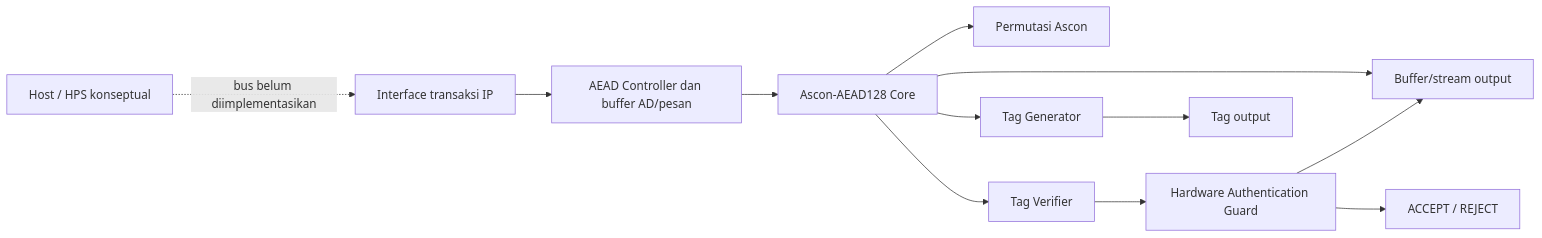
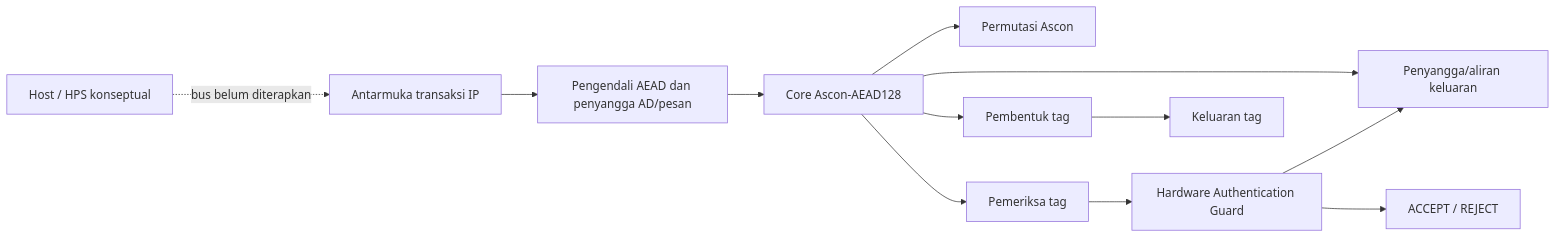
Before and after one commit to Ripanrz/secure-tiny: the diagram in README.md, drawn with Mermaid. The commit also changed other lines of this file and 7 other files, not shown here.

````diff
--- a/README.md
+++ b/README.md
@@ -32,14 +34,14 @@
 ```mermaid
 flowchart LR
-    HOST[Host / HPS konseptual] -. "bus belum diimplementasikan" .-> IF[Interface transaksi IP]
-    IF --> CTRL[AEAD Controller dan buffer AD/pesan]
-    CTRL --> CORE[Ascon-AEAD128 Core]
+    HOST[Host / HPS konseptual] -. "bus belum diterapkan" .-> IF[Antarmuka transaksi IP]
+    IF --> CTRL[Pengendali AEAD dan penyangga AD/pesan]
+    CTRL --> CORE[Core Ascon-AEAD128]
     CORE --> PERM[Permutasi Ascon]
-    CORE --> TG[Tag Generator]
-    CORE --> TV[Tag Verifier]
+    CORE --> TG[Pembentuk tag]
+    CORE --> TV[Pemeriksa tag]
     TV --> GUARD[Hardware Authentication Guard]
-    CORE --> OUT[Buffer/stream output]
-    TG --> TAG[Tag output]
+    CORE --> OUT[Penyangga/aliran keluaran]
+    TG --> TAG[Keluaran tag]
     GUARD --> OUT
     GUARD --> STATUS[ACCEPT / REJECT]
 ```
````
